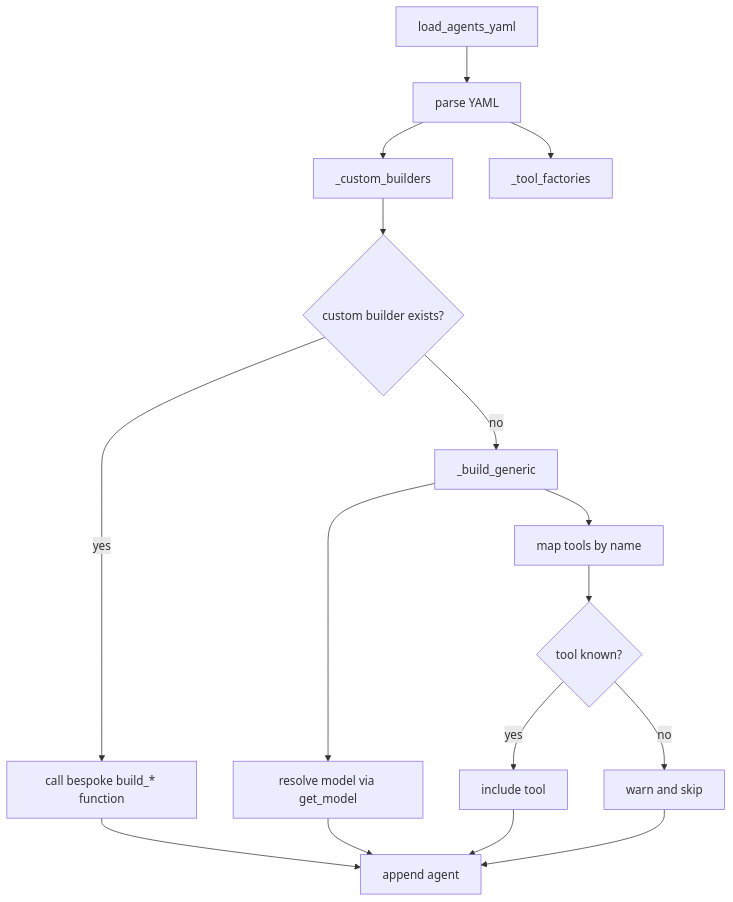
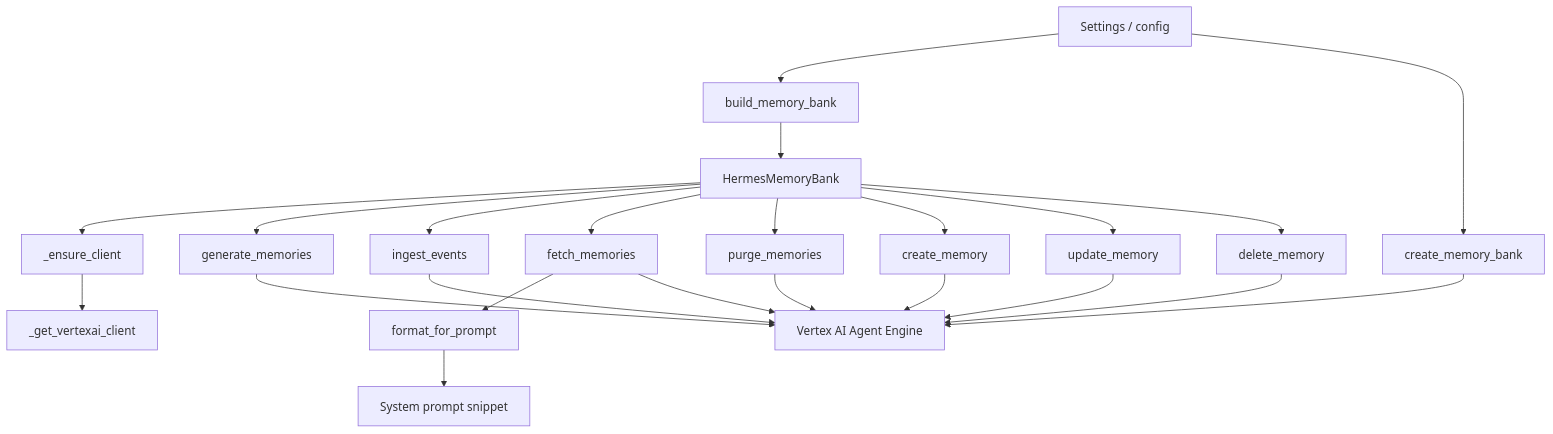
Before and after one commit to unrealandychan/gcp-hermes-agnet: the second of 2 diagrams in .rekipedia/wiki/algorithms.md, drawn with Mermaid. The commit also changed other lines of this file and 16 other files, not shown here.

````diff
--- a/.rekipedia/wiki/algorithms.md
+++ b/.rekipedia/wiki/algorithms.md
@@ -54,18 +287,25 @@
 ```mermaid
 flowchart TD
-    A[load_agents_yaml] --> B[parse YAML]
-    B --> C[_custom_builders]
-    B --> D[_tool_factories]
-    C --> E{custom builder exists?}
-    E -- yes --> F[call bespoke build_* function]
-    E -- no --> G[_build_generic]
-    G --> H[resolve model via get_model]
-    G --> I[map tools by name]
-    I --> J{tool known?}
-    J -- yes --> K[include tool]
-    J -- no --> L[warn and skip]
-    F --> M[append agent]
-    H --> M
-    K --> M
-    L --> M
+    A[Settings / config] --> B[build_memory_bank]
+    A --> C[create_memory_bank]
+    B --> D[HermesMemoryBank]
+    D --> E[_ensure_client]
+    E --> F[_get_vertexai_client]
+    D --> G[generate_memories]
+    D --> H[ingest_events]
+    D --> I[fetch_memories]
+    I --> J[format_for_prompt]
+    D --> K[purge_memories]
+    D --> L[create_memory]
+    D --> M[update_memory]
+    D --> N[delete_memory]
+    C --> O[Vertex AI Agent Engine]
+    G --> O
+    H --> O
+    I --> O
+    K --> O
+    L --> O
+    M --> O
+    N --> O
+    J --> P[System prompt snippet]
 ```
````
